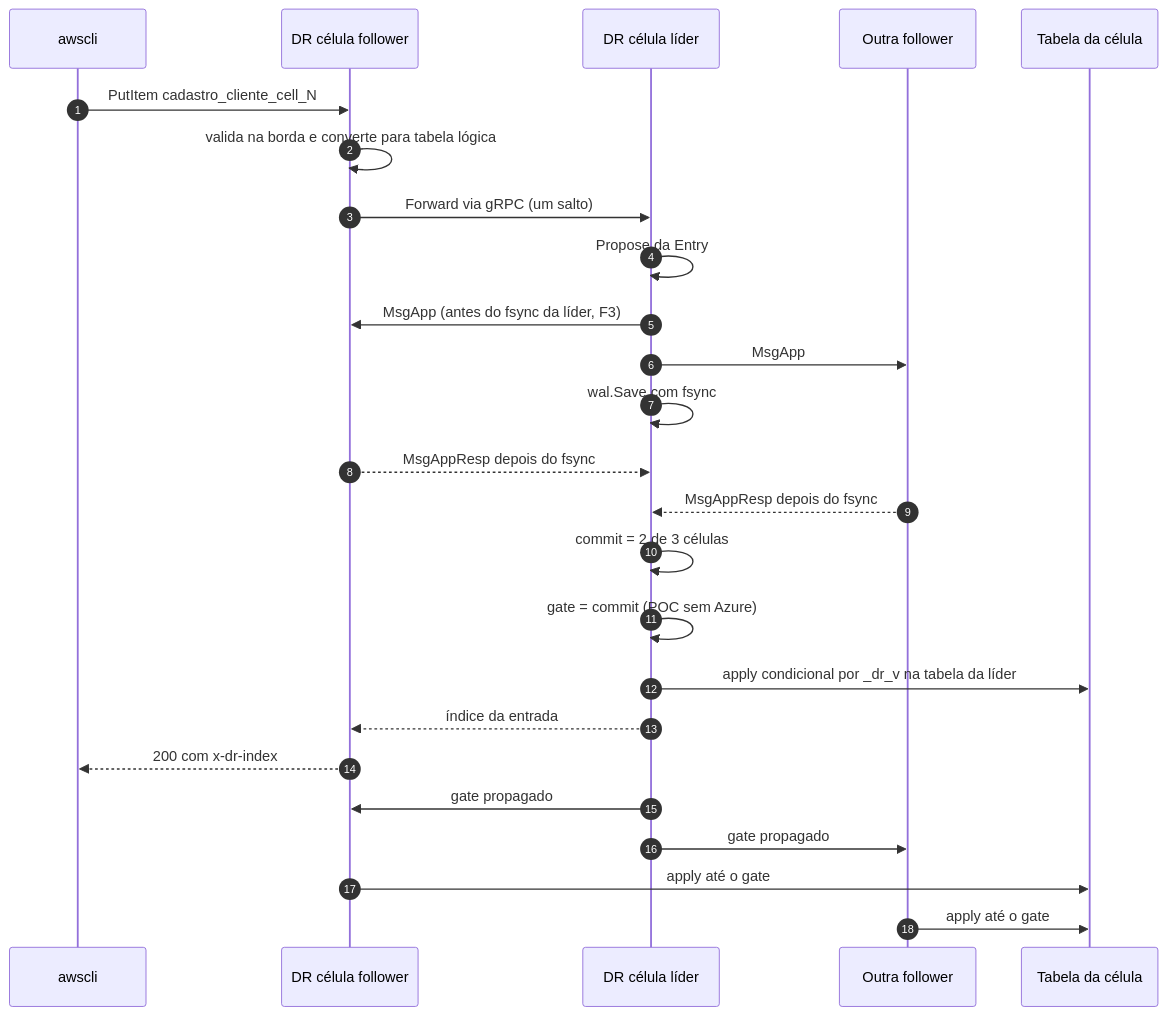
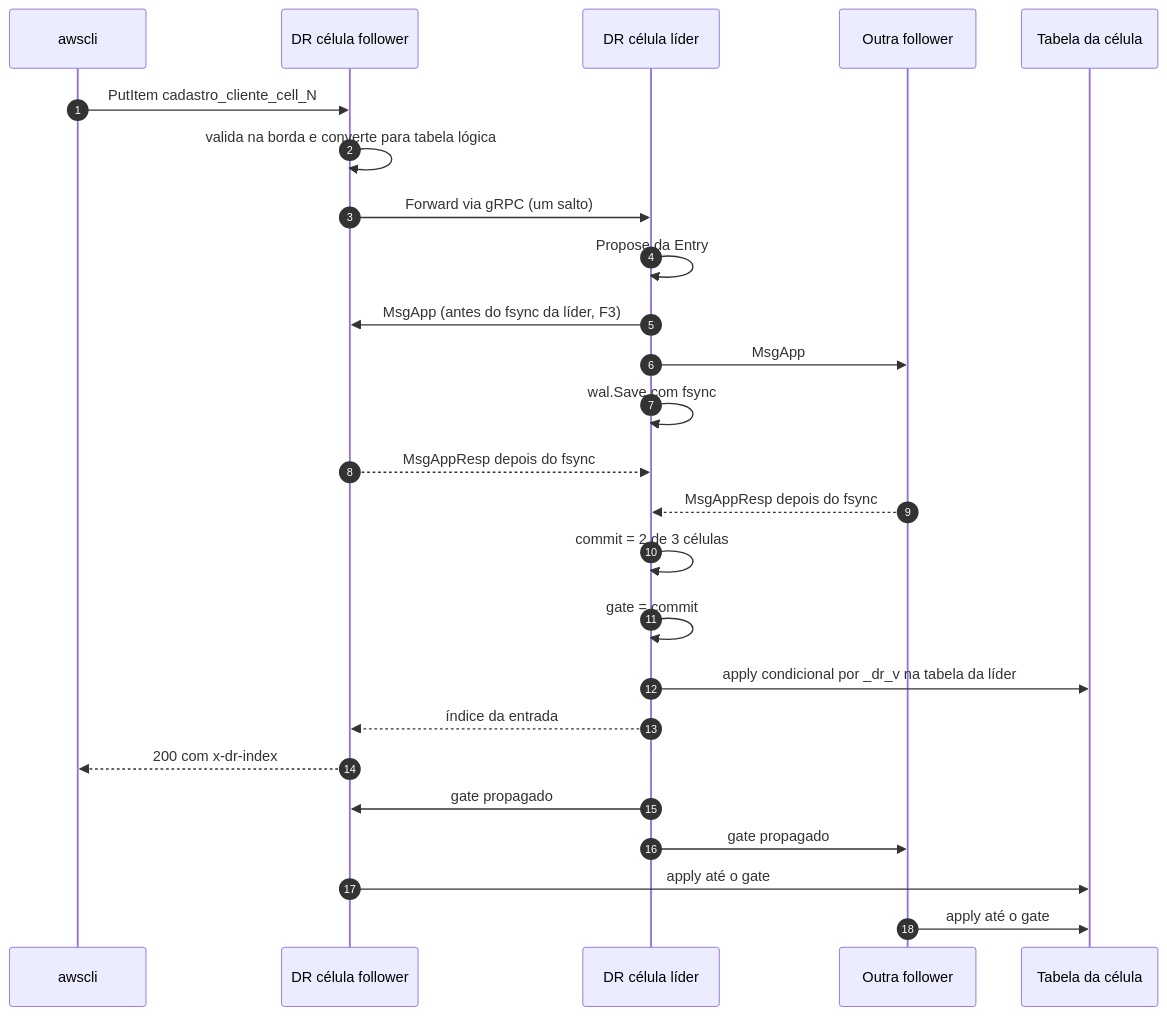
Before and after one commit to brbarmex/k: the diagram in spdd/analysis/GGQPA-XXX-202610132054-[Analysis]-poc-local-datareplication-tres-celulas-aws.md, drawn with Mermaid. The commit also changed other lines of this file and 2 other files, not shown here.

First line of the commit message:
spec e prompts SPDD: tira learners, modo degradado, transferência de liderança e benchstore da POC

````diff
--- a/spdd/analysis/GGQPA-XXX-202610132054-[Analysis]-poc-local-datareplication-tres-celulas-aws.md
+++ b/spdd/analysis/GGQPA-XXX-202610132054-[Analysis]-poc-local-datareplication-tres-celulas-aws.md
@@ -94,27 +92,27 @@
 ```mermaid
 sequenceDiagram
     autonumber
     participant CLI as awscli
     participant F as DR célula follower
     participant L as DR célula líder
     participant O as Outra follower
     participant DB as Tabela da célula
     CLI->>F: PutItem cadastro_cliente_cell_N
     F->>F: valida na borda e converte para tabela lógica
     F->>L: Forward via gRPC (um salto)
     L->>L: Propose da Entry
     L->>F: MsgApp (antes do fsync da líder, F3)
     L->>O: MsgApp
     L->>L: wal.Save com fsync
     F-->>L: MsgAppResp depois do fsync
     O-->>L: MsgAppResp depois do fsync
     L->>L: commit = 2 de 3 células
-    L->>L: gate = commit (POC sem Azure)
+    L->>L: gate = commit
     L->>DB: apply condicional por _dr_v na tabela da líder
     L-->>F: índice da entrada
     F-->>CLI: 200 com x-dr-index
     L->>F: gate propagado
     L->>O: gate propagado
     F->>DB: apply até o gate
     O->>DB: apply até o gate
 ```
````
